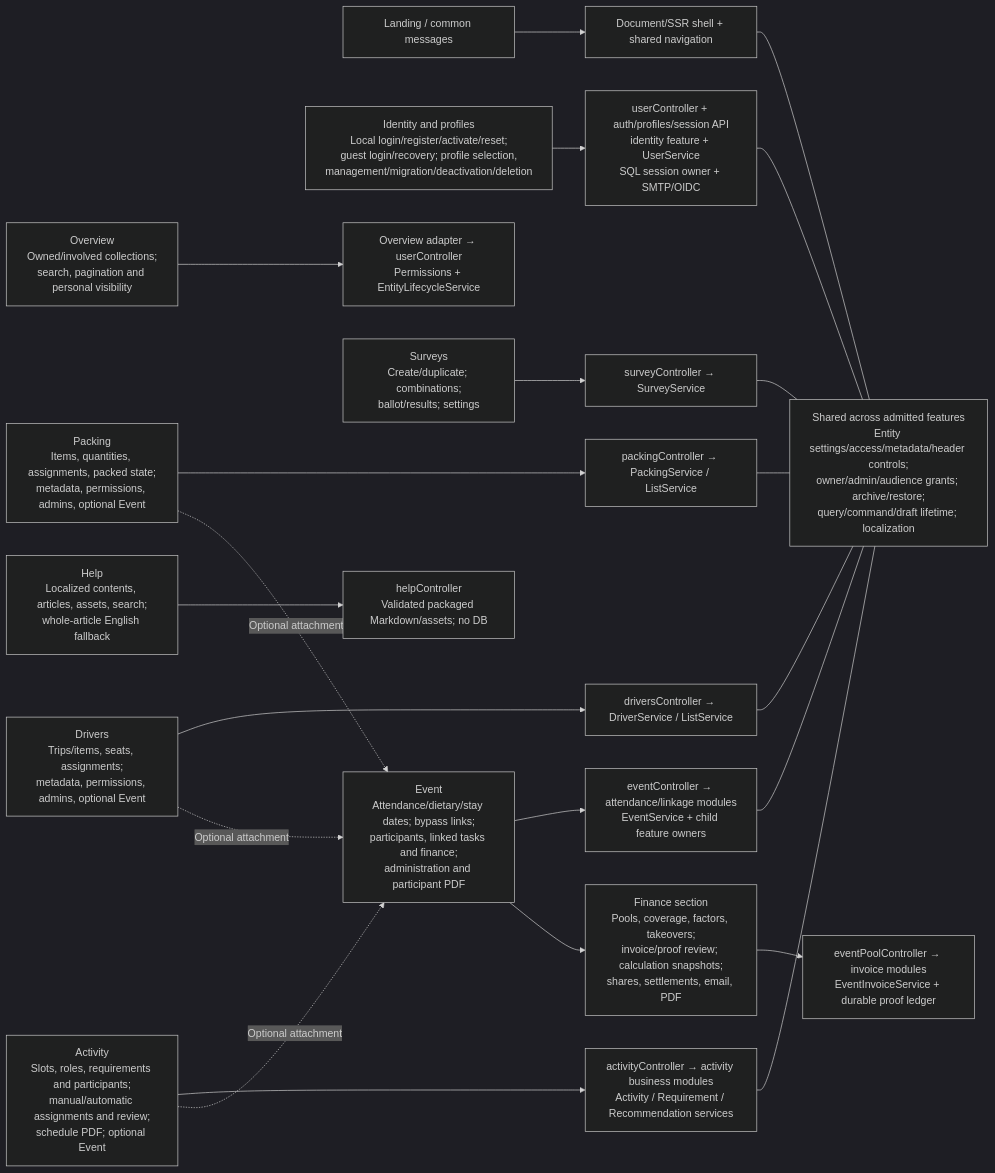
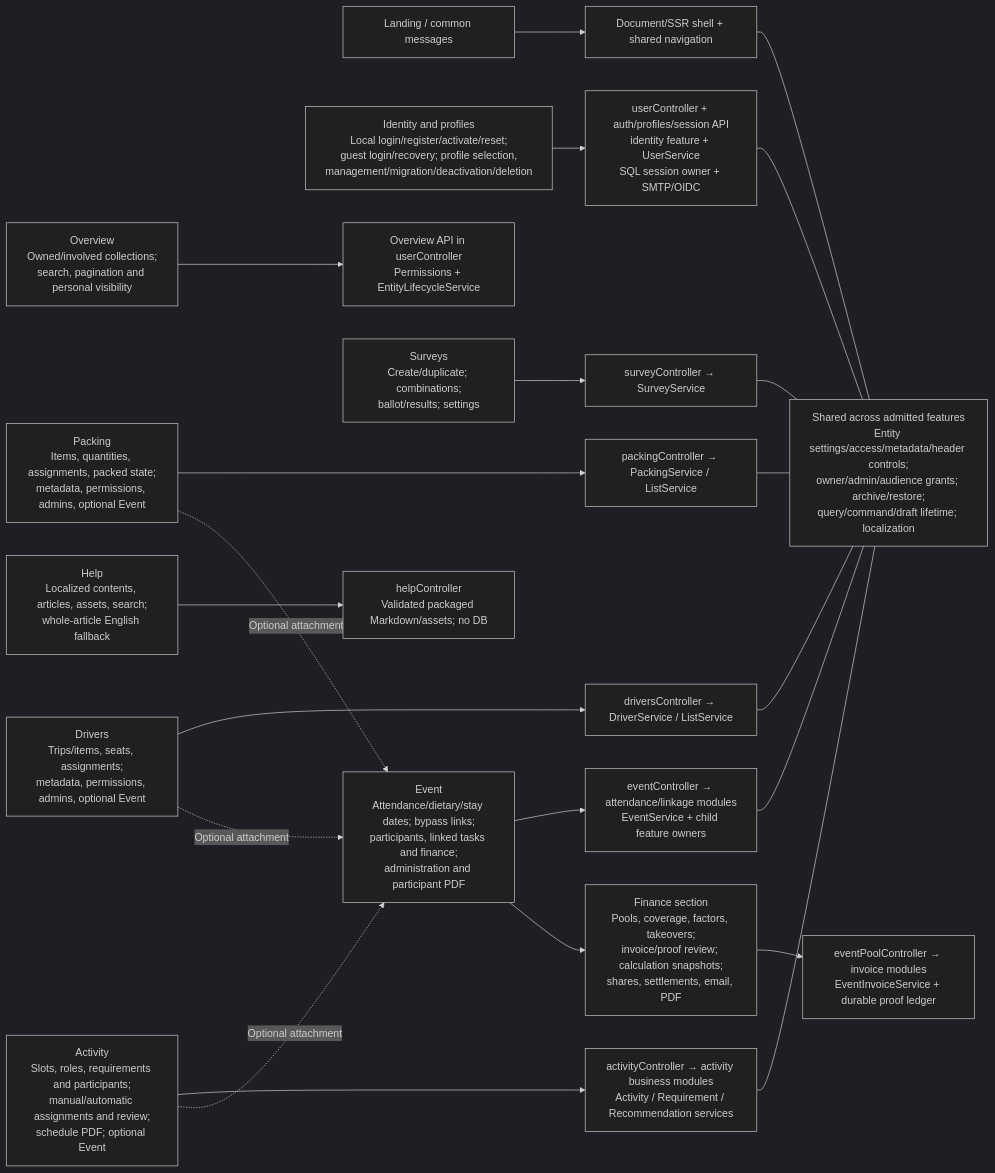
Before and after one commit to JulianiusM/Surveyor: the fourth of 32 diagrams in docs/features/architecture/DIAGRAMS.md, drawn with Mermaid (dark theme). The commit also changed other lines of this file and 359 other files, not shown here.

````diff
--- a/docs/features/architecture/DIAGRAMS.md
+++ b/docs/features/architecture/DIAGRAMS.md
@@ -127,25 +127,25 @@
 ```mermaid
 flowchart LR
   Common["Landing / common messages"] --> Document["Document/SSR shell + shared navigation"]
   Identity["Identity and profiles<br/>Local login/register/activate/reset;<br/>guest login/recovery; profile selection,<br/>management/migration/deactivation/deletion"] --> Users["userController + auth/profiles/session API<br/>identity feature + UserService<br/>SQL session owner + SMTP/OIDC"]
-  Overview["Overview<br/>Owned/involved collections;<br/>search, pagination and personal visibility"] --> UO["Overview adapter → userController<br/>Permissions + EntityLifecycleService"]
+  Overview["Overview<br/>Owned/involved collections;<br/>search, pagination and personal visibility"] --> UO["Overview API in userController<br/>Permissions + EntityLifecycleService"]
   Survey["Surveys<br/>Create/duplicate; combinations;<br/>ballot/results; settings"] --> SC["surveyController → SurveyService"]
   Packing["Packing<br/>Items, quantities, assignments, packed state;<br/>metadata, permissions, admins, optional Event"] --> PC["packingController → PackingService / ListService"]
   Drivers["Drivers<br/>Trips/items, seats, assignments;<br/>metadata, permissions, admins, optional Event"] --> DC["driversController → DriverService / ListService"]
   Activity["Activity<br/>Slots, roles, requirements and participants;<br/>manual/automatic assignments and review;<br/>schedule PDF; optional Event"] --> AC["activityController → activity business modules<br/>Activity / Requirement / Recommendation services"]
   Event["Event<br/>Attendance/dietary/stay dates; bypass links;<br/>participants, linked tasks and finance;<br/>administration and participant PDF"] --> EC["eventController → attendance/linkage modules<br/>EventService + child feature owners"]
   Finance["Finance section<br/>Pools, coverage, factors, takeovers;<br/>invoice/proof review; calculation snapshots;<br/>shares, settlements, email, PDF"] --> FC["eventPoolController → invoice modules<br/>EventInvoiceService + durable proof ledger"]
   Help["Help<br/>Localized contents, articles, assets, search;<br/>whole-article English fallback"] --> HC["helpController<br/>Validated packaged Markdown/assets; no DB"]
   Event --> Finance
   Packing -.->|"Optional attachment"| Event
   Drivers -.->|"Optional attachment"| Event
   Activity -.->|"Optional attachment"| Event
   Shared["Shared across admitted features<br/>Entity settings/access/metadata/header controls;<br/>owner/admin/audience grants; archive/restore;<br/>query/command/draft lifetime; localization"]
   Document --- Shared
   Users --- Shared
   EC --- Shared
   PC --- Shared
   DC --- Shared
   AC --- Shared
   SC --- Shared
 ```
````
